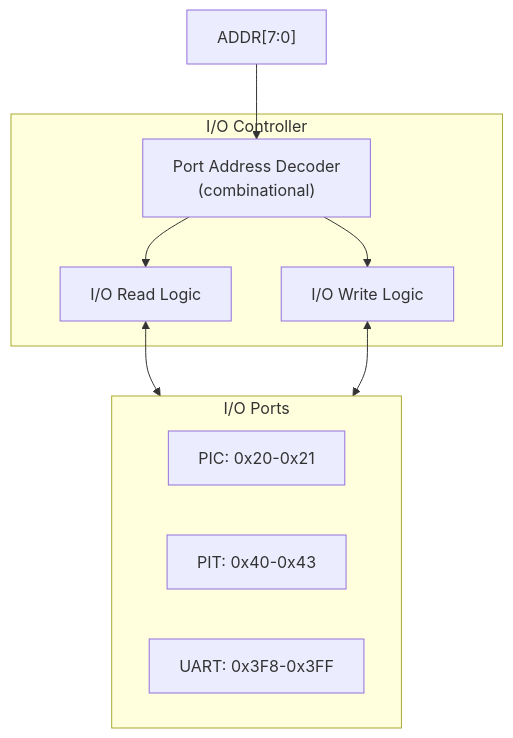
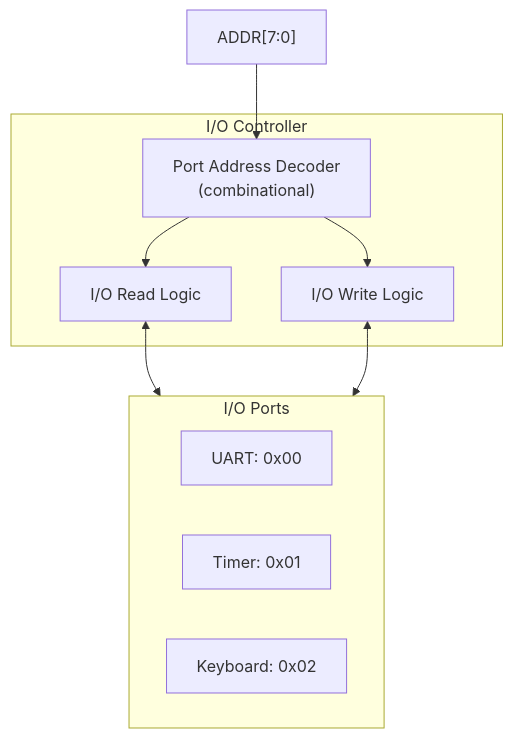
One commit to MinecAnton209/NovumOS-16bit changed the seventh of 10 diagrams in docs/en/architecture/overview.md. Above: the diagram before and after it, drawn with Mermaid. The commit also changed other lines of this file and 30 other files, not shown here.

First line of the commit message:
feat: simple UART at port 0x00, kernel shell, remove PIC/PIT/UART16550, update docs

````diff
--- a/docs/en/architecture/overview.md
+++ b/docs/en/architecture/overview.md
@@ -342,21 +345,21 @@
 ```mermaid
 graph TB
     subgraph IOController["I/O Controller"]
         PORT_DEC["Port Address Decoder<br/>(combinational)"]
         IO_RD["I/O Read Logic"]
         IO_WR["I/O Write Logic"]
     end
 
     ADDR_LOW["ADDR[7:0]"] --> PORT_DEC
     PORT_DEC --> IO_RD
     PORT_DEC --> IO_WR
 
     subgraph Devices["I/O Ports"]
-        PIC_PORT["PIC: 0x20-0x21"]
-        PIT_PORT["PIT: 0x40-0x43"]
-        UART_PORT["UART: 0x3F8-0x3FF"]
+        UART_PORT["UART: 0x00"]
+        TIMER_PORT["Timer: 0x01"]
+        KBD_PORT["Keyboard: 0x02"]
     end
 
     IO_RD <--> Devices
     IO_WR <--> Devices
 ```
````
